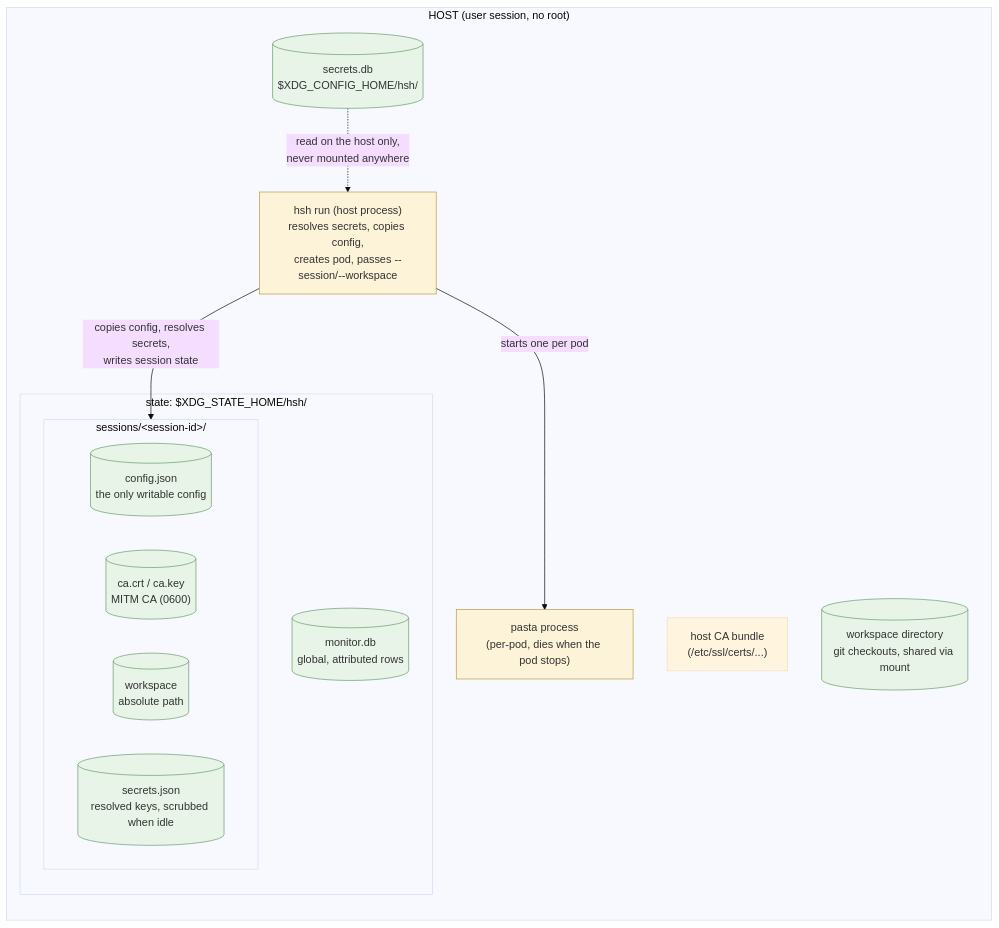
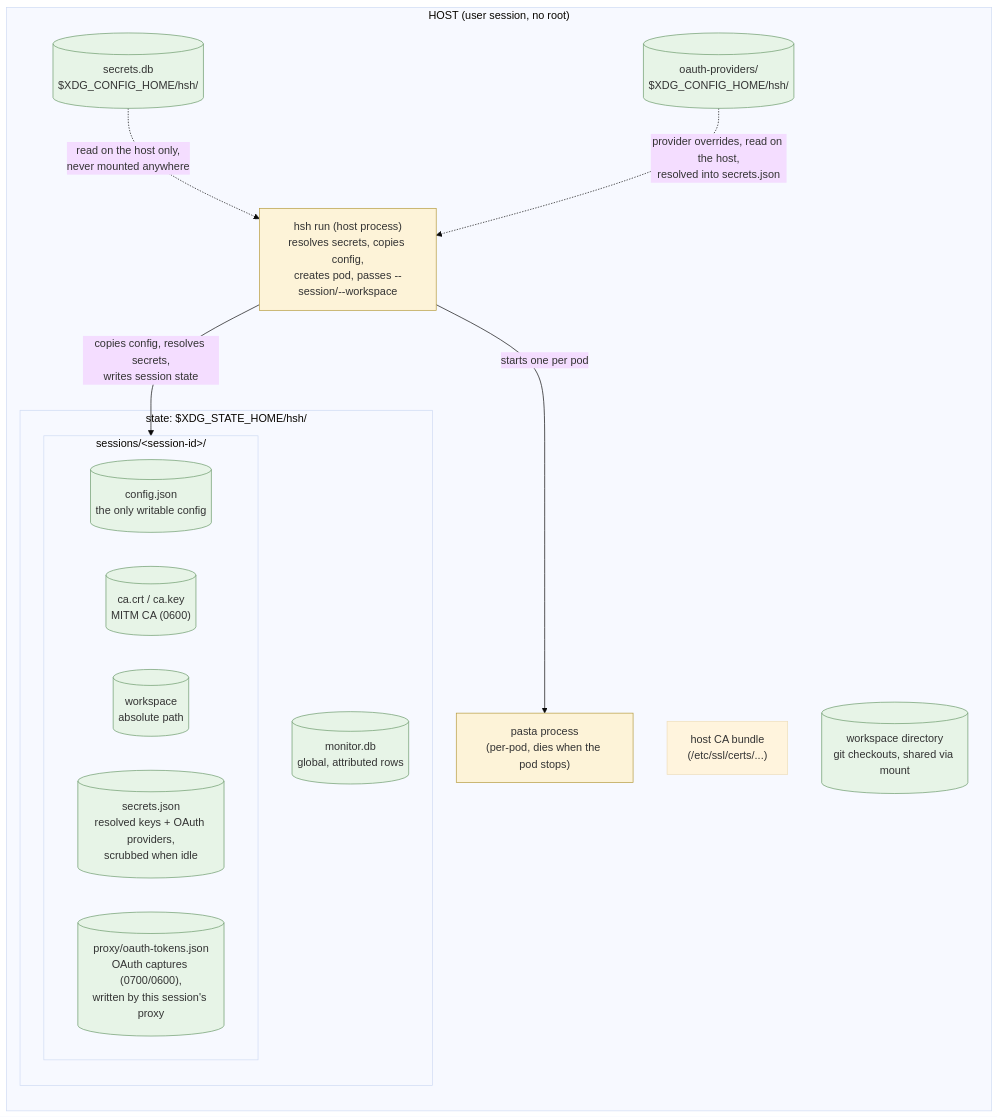
The first of 3 diagrams in internal-docs/architecture.md (philips/hsh), drawn with Mermaid (base theme) before and after one commit. The commit also changed other lines of this file and 3 other files, not shown here.

First line of the commit message:
internal-docs: describe OAuth provider descriptors and per-session captures

````diff
--- a/internal-docs/architecture.md
+++ b/internal-docs/architecture.md
@@ -41,30 +41,33 @@
 ```mermaid
 flowchart TB
     classDef proc fill:#fdf3d8,stroke:#b59b3e
     classDef file fill:#e7f4e7,stroke:#6a9a6a
 
     subgraph HOST["HOST (user session, no root)"]
         direction TB
         hshrun["hsh run (host process)<br/>resolves secrets, copies config,<br/>creates pod, passes --session/--workspace"]
         pasta["pasta process<br/>(per-pod, dies when the pod stops)"]
         subgraph STATE["state: $XDG_STATE_HOME/hsh/"]
             monitordb[("monitor.db<br/>global, attributed rows")]
             subgraph SESDIR["sessions/&lt;session-id&gt;/"]
                 cfgcopy[("config.json<br/>the only writable config")]
                 cafiles[("ca.crt / ca.key<br/>MITM CA (0600)")]
                 wsfile[("workspace<br/>absolute path")]
-                secretsjson[("secrets.json<br/>resolved keys, scrubbed when idle")]
+                secretsjson[("secrets.json<br/>resolved keys + OAuth providers,<br/>scrubbed when idle")]
+                proxydir[("proxy/oauth-tokens.json<br/>OAuth captures (0700/0600),<br/>written by this session's proxy")]
             end
         end
         secretstore[("secrets.db<br/>$XDG_CONFIG_HOME/hsh/")]
+        oauthprov[("oauth-providers/<br/>$XDG_CONFIG_HOME/hsh/")]
         caBundle["host CA bundle<br/>(/etc/ssl/certs/...)"]
         wsdir[("workspace directory<br/>git checkouts, shared via mount")]
     end
 
     hshrun -->|"starts one per pod"| pasta
     secretstore -.->|"read on the host only,<br/>never mounted anywhere"| hshrun
+    oauthprov -.->|"provider overrides, read on the host,<br/>resolved into secrets.json"| hshrun
     hshrun -->|"copies config, resolves secrets,<br/>writes session state"| SESDIR
 
     class hshrun,pasta proc
-    class monitordb,cfgcopy,cafiles,wsfile,secretsjson,secretstore,wsdir file
+    class monitordb,cfgcopy,cafiles,wsfile,secretsjson,proxydir,secretstore,oauthprov,wsdir file
 ```
````
